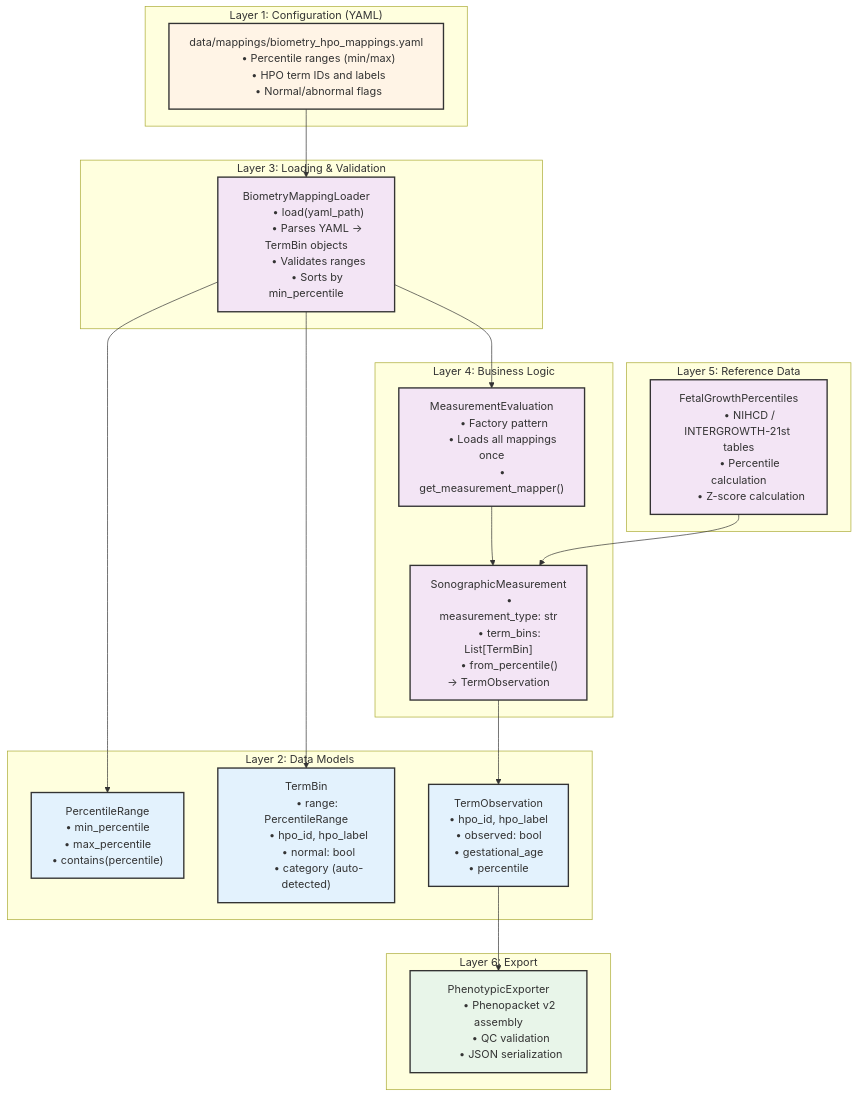
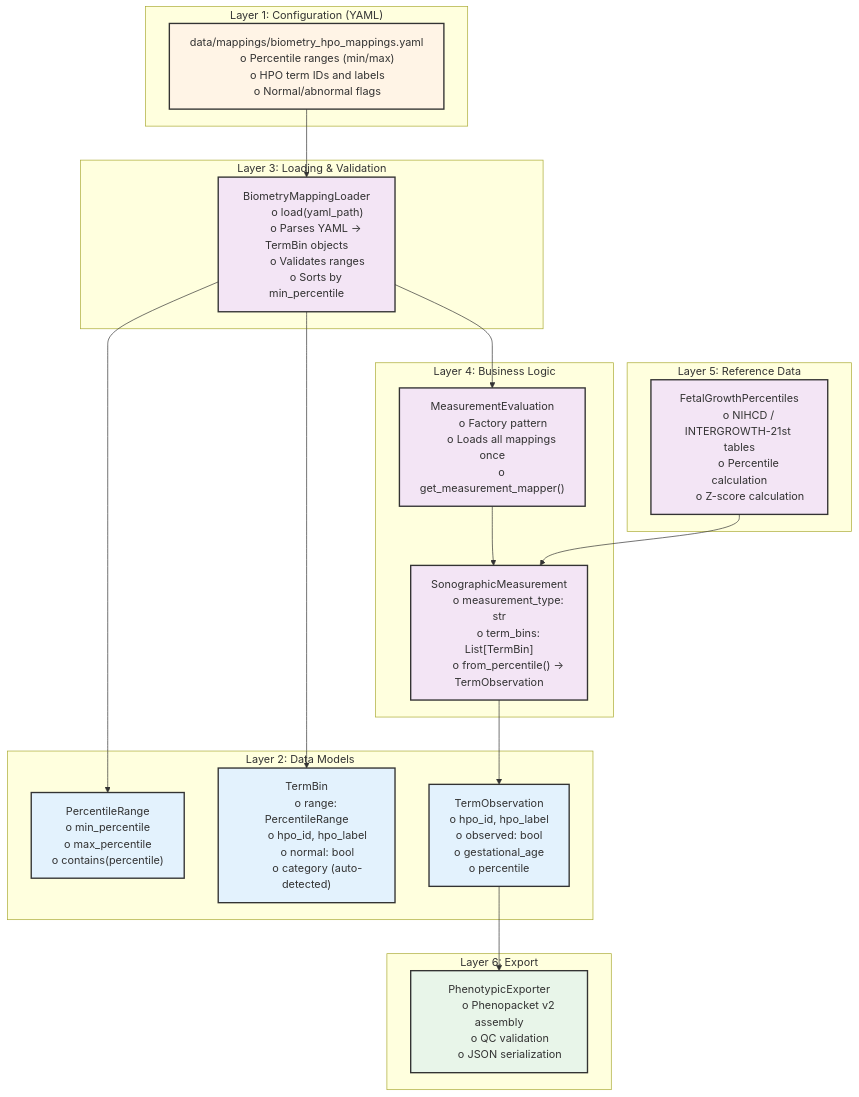
Before and after one commit to P2GX/prenatalppkt: the first of 12 diagrams in README.md, drawn with Mermaid. The commit also changed other lines of this file, not shown here.

````diff
--- a/README.md
+++ b/README.md
@@ -88,84 +88,84 @@
 ```mermaid
 flowchart TD
-    subgraph L1["Layer 1: Configuration (YAML)"]
-        YAML["data/mappings/biometry_hpo_mappings.yaml
-        • Percentile ranges (min/max)
-        • HPO term IDs and labels
-        • Normal/abnormal flags"]
-    end
+   subgraph L1["Layer 1: Configuration (YAML)"]
+       YAML["data/mappings/biometry_hpo_mappings.yaml
+       o Percentile ranges (min/max)
+       o HPO term IDs and labels
+       o Normal/abnormal flags"]
+   end
 
-    subgraph L2["Layer 2: Data Models"]
-        PR["PercentileRange
-        • min_percentile
-        • max_percentile
-        • contains(percentile)"]
-        
-        TB["TermBin
-        • range: PercentileRange
-        • hpo_id, hpo_label
-        • normal: bool
-        • category (auto-detected)"]
-        
-        TO["TermObservation
-        • hpo_id, hpo_label
-        • observed: bool
-        • gestational_age
-        • percentile"]
-    end
+   subgraph L2["Layer 2: Data Models"]
+       PR["PercentileRange
+       o min_percentile
+       o max_percentile
+       o contains(percentile)"]
+       
+       TB["TermBin
+       o range: PercentileRange
+       o hpo_id, hpo_label
+       o normal: bool
+       o category (auto-detected)"]
+       
+       TO["TermObservation
+       o hpo_id, hpo_label
+       o observed: bool
+       o gestational_age
+       o percentile"]
+   end
 
-    subgraph L3["Layer 3: Loading & Validation"]
-        Loader["BiometryMappingLoader
-        • load(yaml_path)
-        • Parses YAML → TermBin objects
-        • Validates ranges
-        • Sorts by min_percentile"]
-    end
+   subgraph L3["Layer 3: Loading & Validation"]
+       Loader["BiometryMappingLoader
+       o load(yaml_path)
+       o Parses YAML -> TermBin objects
+       o Validates ranges
+       o Sorts by min_percentile"]
+   end
 
-    subgraph L4["Layer 4: Business Logic"]
-        SM["SonographicMeasurement
-        • measurement_type: str
-        • term_bins: List[TermBin]
-        • from_percentile() → TermObservation"]
-        
-        Factory["MeasurementEvaluation
-        • Factory pattern
-        • Loads all mappings once
-        • get_measurement_mapper()"]
-    end
+   subgraph L4["Layer 4: Business Logic"]
+       SM["SonographicMeasurement
+       o measurement_type: str
+       o term_bins: List[TermBin]
+       o from_percentile() -> TermObservation"]
+       
+       Factory["MeasurementEvaluation
+       o Factory pattern
+       o Loads all mappings once
+       o get_measurement_mapper()"]
+   end
 
-    subgraph L5["Layer 5: Reference Data"]
-        Ref["FetalGrowthPercentiles
-        • NIHCD / INTERGROWTH-21st tables
-        • Percentile calculation
-        • Z-score calculation"]
-    end
+   subgraph L5["Layer 5: Reference Data"]
+       Ref["FetalGrowthPercentiles
+       o NIHCD / INTERGROWTH-21st tables
+       o Percentile calculation
+       o Z-score calculation"]
+   end
 
-    subgraph L6["Layer 6: Export"]
-        Export["PhenotypicExporter
-        • Phenopacket v2 assembly
-        • QC validation
-        • JSON serialization"]
-    end
+   subgraph L6["Layer 6: Export"]
+       Export["PhenotypicExporter
+       o Phenopacket v2 assembly
+       o QC validation
+       o JSON serialization"]
+   end
 
-    YAML --> Loader
-    Loader --> PR
-    Loader --> TB
-    
-    Loader --> Factory
-    Factory --> SM
-    SM --> TO
-    
-    Ref --> SM
-    TO --> Export
+   YAML --> Loader
+   Loader --> PR
+   Loader --> TB
+   
+   Loader --> Factory
+   Factory --> SM
+   SM --> TO
+   
+   Ref --> SM
+   TO --> Export
 
-    classDef config fill:#fff4e6,stroke:#333,stroke-width:2px
-    classDef model fill:#e3f2fd,stroke:#333,stroke-width:2px
-    classDef logic fill:#f3e5f5,stroke:#333,stroke-width:2px
-    classDef export fill:#e8f5e9,stroke:#333,stroke-width:2px
-    
-    class YAML config
-    class PR,TB,TO model
-    class Loader,SM,Factory logic
-    class Ref logic
-    class Export export
+   classDef config fill:#fff4e6,stroke:#333,stroke-width:2px
+   classDef model fill:#e3f2fd,stroke:#333,stroke-width:2px
+   classDef logic fill:#f3e5f5,stroke:#333,stroke-width:2px
+   classDef export fill:#e8f5e9,stroke:#333,stroke-width:2px
+   
+   class YAML config
+   class PR,TB,TO model
+   class Loader,SM,Factory logic
+   class Ref logic
+   class Export export
 ```
````
